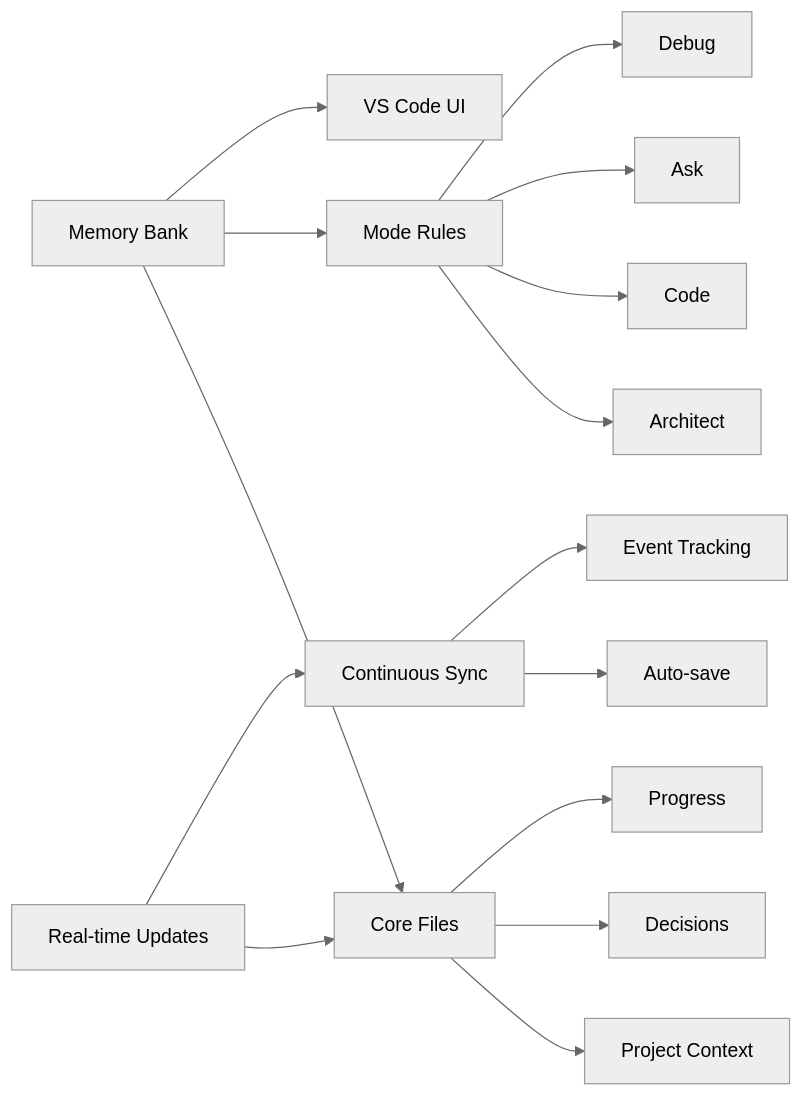
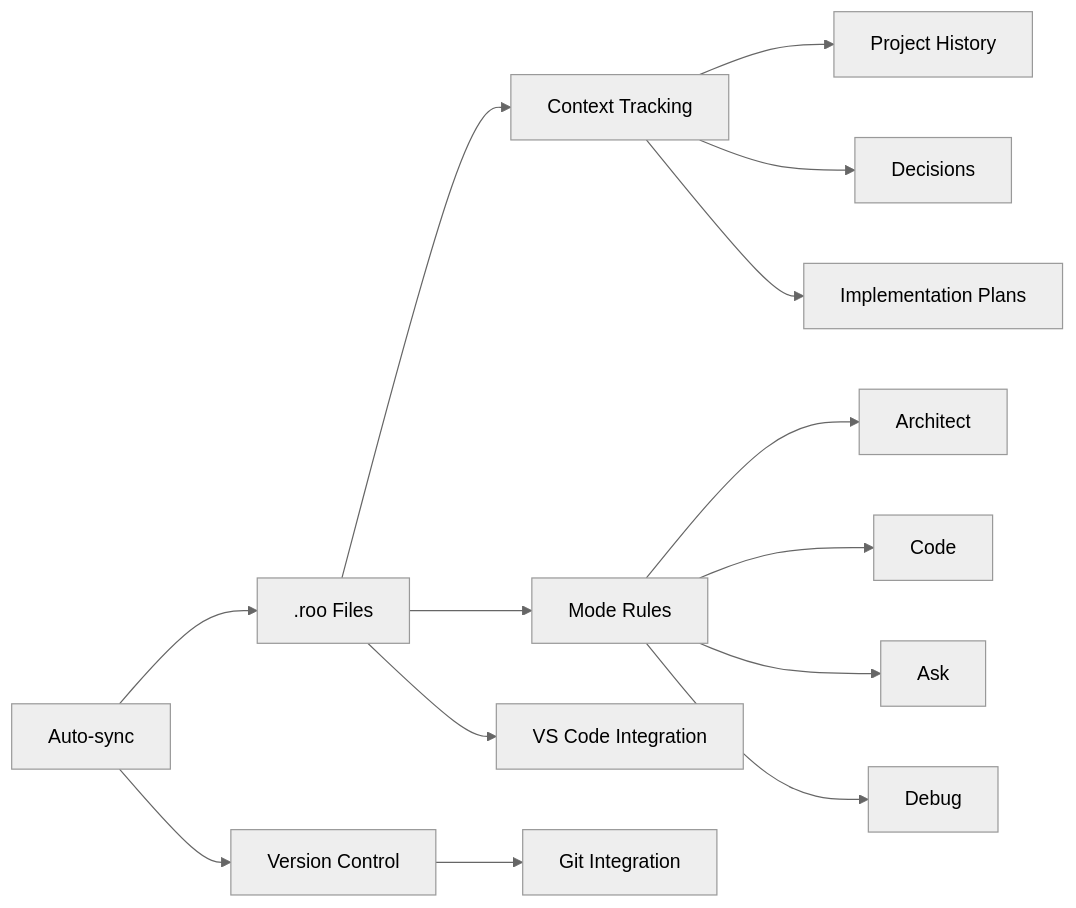
One commit to manateeit/rools changed the first of 5 diagrams in README.md. Above: the diagram before and after it, drawn with Mermaid (neutral theme). The commit also changed other lines of this file and 6 other files, not shown here.

````diff
--- a/README.md
+++ b/README.md
@@ -18,17 +17,17 @@
 ```mermaid
 graph LR
-    A[Memory Bank] --> B[Core Files]
+    A[.roo Files] --> B[Context Tracking]
     A --> C[Mode Rules]
-    A --> D[VS Code UI]
-    B --> E[Project Context]
+    A --> D[VS Code Integration]
+    B --> E[Project History]
     B --> F[Decisions]
-    B --> G[Progress]
+    B --> G[Implementation Plans]
     C --> H[Architect]
     C --> I[Code]
     C --> J[Ask]
     C --> K1[Debug]
-    K[Real-time Updates] --> B
-    K --> L[Continuous Sync]
-    L --> M[Auto-save]
-    L --> N[Event Tracking]
+    L[Auto-sync] --> A
+    L --> M[Version Control]
+    M --> N[Git Integration]
+
 ```
````
